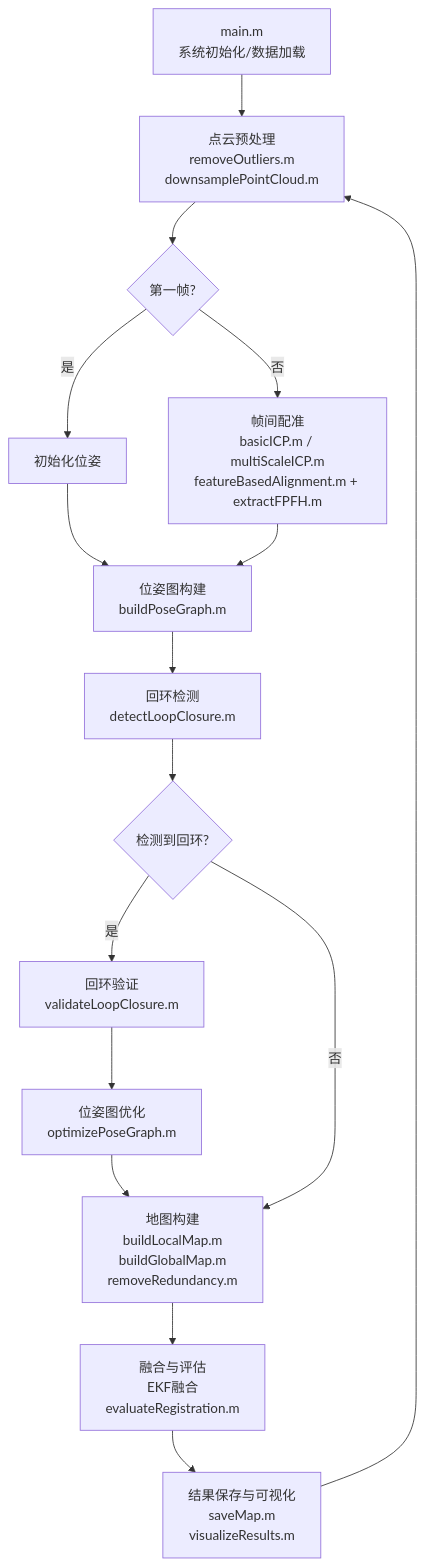
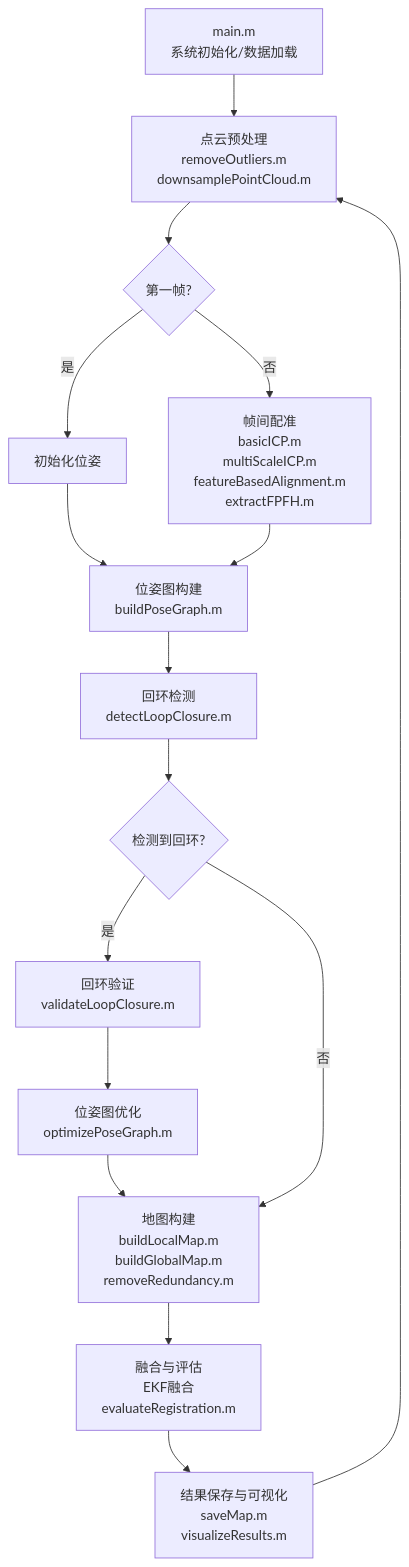
One commit to yhx123sb/SLAM-EKF-RTK changed the second of 2 diagrams in README.md. Above: the diagram before and after it, drawn with Mermaid. The commit also changed other lines of this file, not shown here.

````diff
--- a/README.md
+++ b/README.md
@@ -294,18 +394,19 @@
 ```mermaid
 flowchart TD
-    A[main.m<br>系统初始化/数据加载] --> B[点云预处理<br>removeOutliers.m<br>downsamplePointCloud.m]
+    A[main.m<br>系统初始化/数据加载]
+    A --> B[点云预处理<br>removeOutliers.m<br>downsamplePointCloud.m]
     B --> C{第一帧?}
     C -- 是 --> D[初始化位姿]
-    C -- 否 --> E[帧间配准<br>basicICP.m / multiScaleICP.m<br>featureBasedAlignment.m + extractFPFH.m]
+    C -- 否 --> E[帧间配准<br>basicICP.m<br>multiScaleICP.m<br>featureBasedAlignment.m<br>extractFPFH.m]
     D --> F[位姿图构建<br>buildPoseGraph.m]
     E --> F
     F --> G[回环检测<br>detectLoopClosure.m]
     G --> H{检测到回环?}
     H -- 是 --> I[回环验证<br>validateLoopClosure.m]
     I --> J[位姿图优化<br>optimizePoseGraph.m]
     J --> K[地图构建<br>buildLocalMap.m<br>buildGlobalMap.m<br>removeRedundancy.m]
     H -- 否 --> K
     K --> L[融合与评估<br>EKF融合<br>evaluateRegistration.m]
     L --> M[结果保存与可视化<br>saveMap.m<br>visualizeResults.m]
     M --> B
 ```
````
